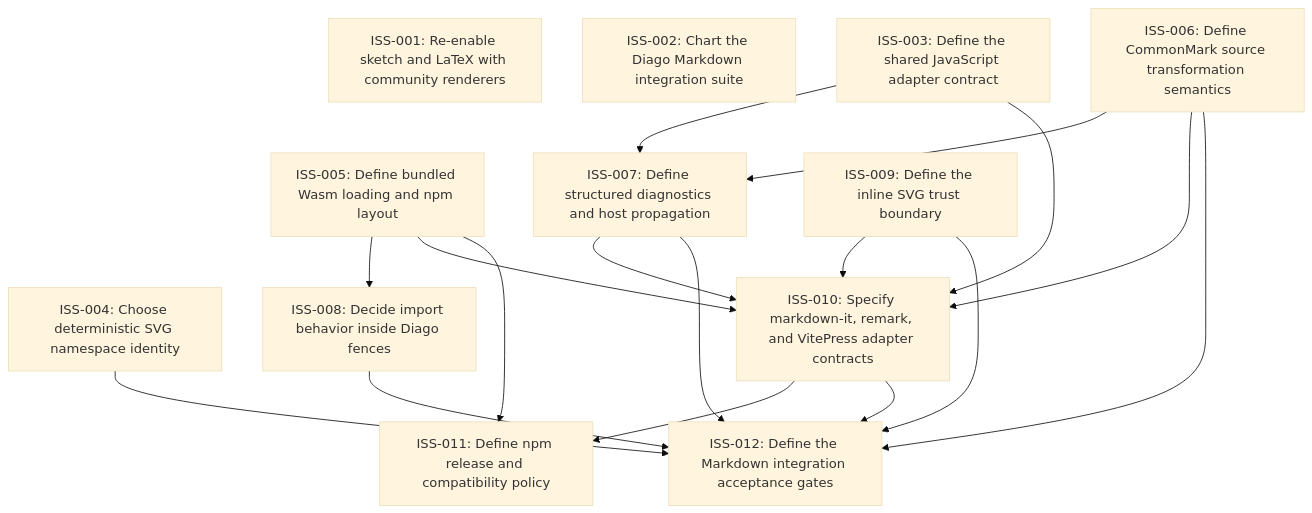
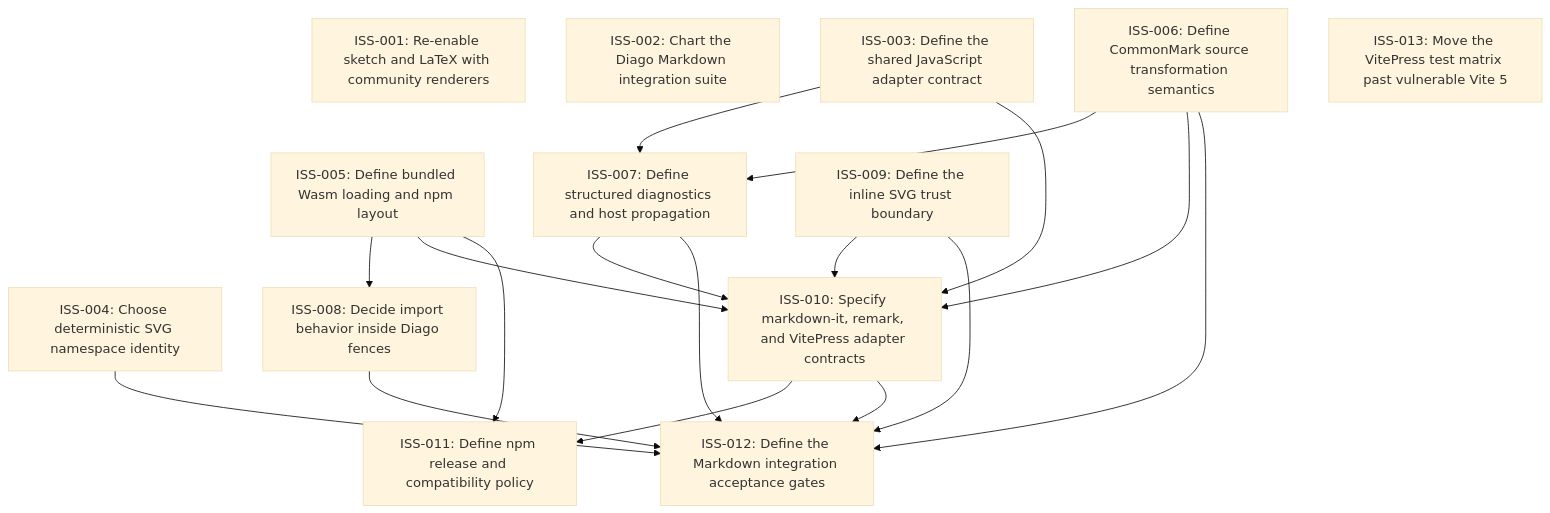
One commit to moonbit-community/diago changed the diagram in issues/README.md. Above: the diagram before and after it, drawn with Mermaid (base theme). The commit also changed other lines of this file and 29 other files, not shown here.

````diff
--- a/issues/README.md
+++ b/issues/README.md
@@ -17,31 +18,32 @@
 ```mermaid
 graph TD
   ISS_001["ISS-001: Re-enable sketch and LaTeX with community renderers"]
   ISS_002["ISS-002: Chart the Diago Markdown integration suite"]
   ISS_003["ISS-003: Define the shared JavaScript adapter contract"]
   ISS_004["ISS-004: Choose deterministic SVG namespace identity"]
   ISS_005["ISS-005: Define bundled Wasm loading and npm layout"]
   ISS_006["ISS-006: Define CommonMark source transformation semantics"]
   ISS_007["ISS-007: Define structured diagnostics and host propagation"]
   ISS_008["ISS-008: Decide import behavior inside Diago fences"]
   ISS_009["ISS-009: Define the inline SVG trust boundary"]
   ISS_010["ISS-010: Specify markdown-it, remark, and VitePress adapter contracts"]
   ISS_011["ISS-011: Define npm release and compatibility policy"]
   ISS_012["ISS-012: Define the Markdown integration acceptance gates"]
+  ISS_013["ISS-013: Move the VitePress test matrix past vulnerable Vite 5"]
   ISS_003 --> ISS_007
   ISS_006 --> ISS_007
   ISS_005 --> ISS_008
   ISS_003 --> ISS_010
   ISS_005 --> ISS_010
   ISS_006 --> ISS_010
   ISS_007 --> ISS_010
   ISS_009 --> ISS_010
   ISS_005 --> ISS_011
   ISS_010 --> ISS_011
   ISS_004 --> ISS_012
   ISS_006 --> ISS_012
   ISS_007 --> ISS_012
   ISS_008 --> ISS_012
   ISS_009 --> ISS_012
   ISS_010 --> ISS_012
 ```
````
